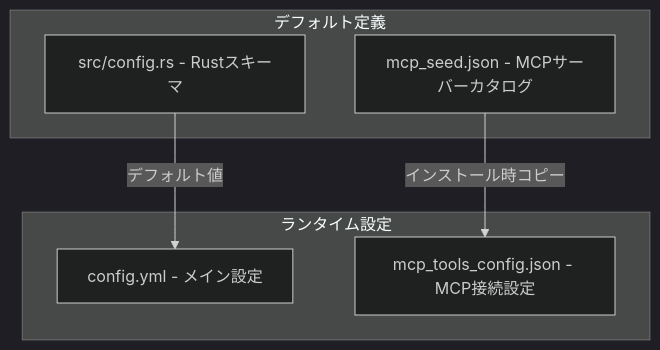
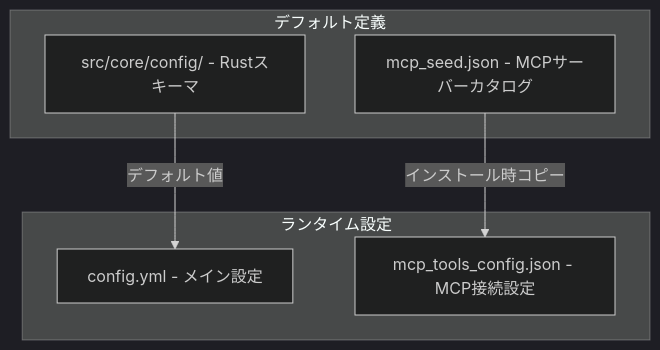
Before and after one commit to coco4atJP/Tepora-alpha: the tenth of 10 diagrams in docs/architecture/ARCHITECTURE.md, drawn with Mermaid (dark theme). The commit also changed other lines of this file, not shown here.

Commit message:
docs: Update ARCHITECTURE.md to match codebase state

````diff
--- a/docs/architecture/ARCHITECTURE.md
+++ b/docs/architecture/ARCHITECTURE.md
@@ -960,15 +968,15 @@
 ```mermaid
 graph TB
     subgraph Runtime["ランタイム設定"]
         ConfigYml[config.yml - メイン設定]
         McpJson[mcp_tools_config.json - MCP接続設定]
     end
   
     subgraph Defaults["デフォルト定義"]
-        ConfigRs[src/config.rs - Rustスキーマ]
+        ConfigRs[src/core/config/ - Rustスキーマ]
         SeedJson[mcp_seed.json - MCPサーバーカタログ]
     end
   
     ConfigRs -->|デフォルト値| ConfigYml
     SeedJson -->|インストール時コピー| McpJson
 ```
````
